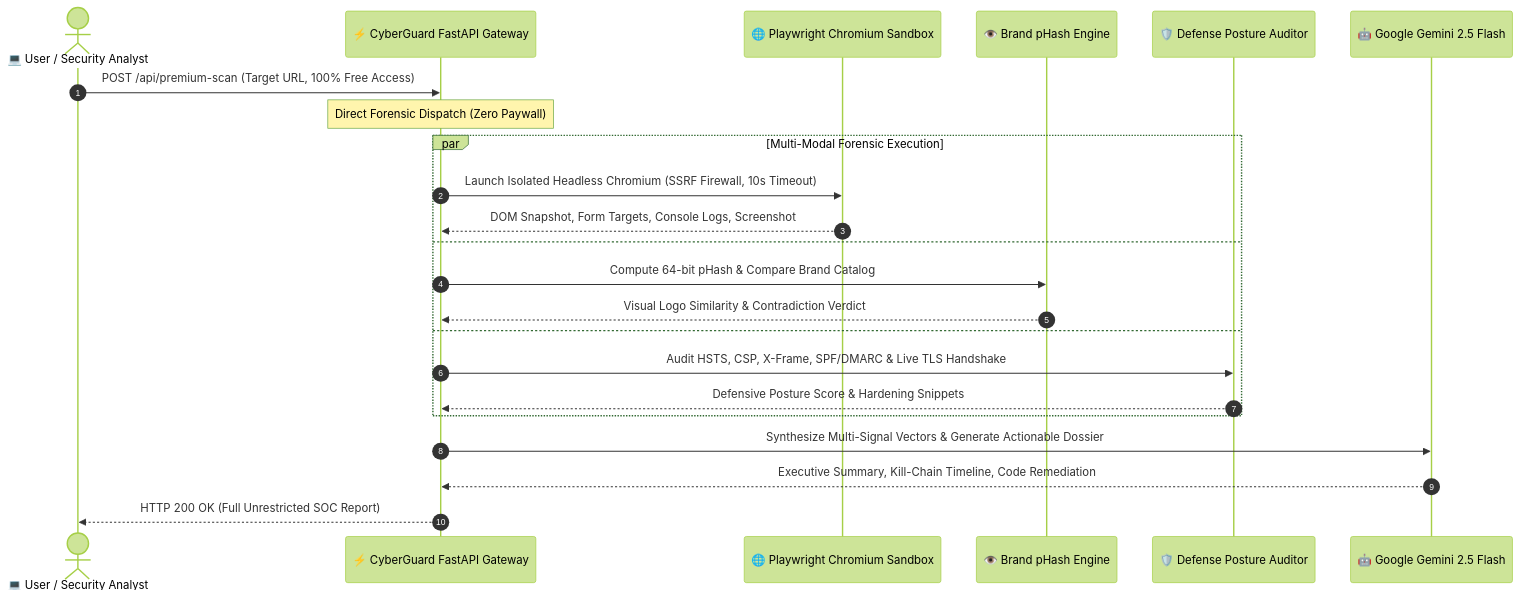
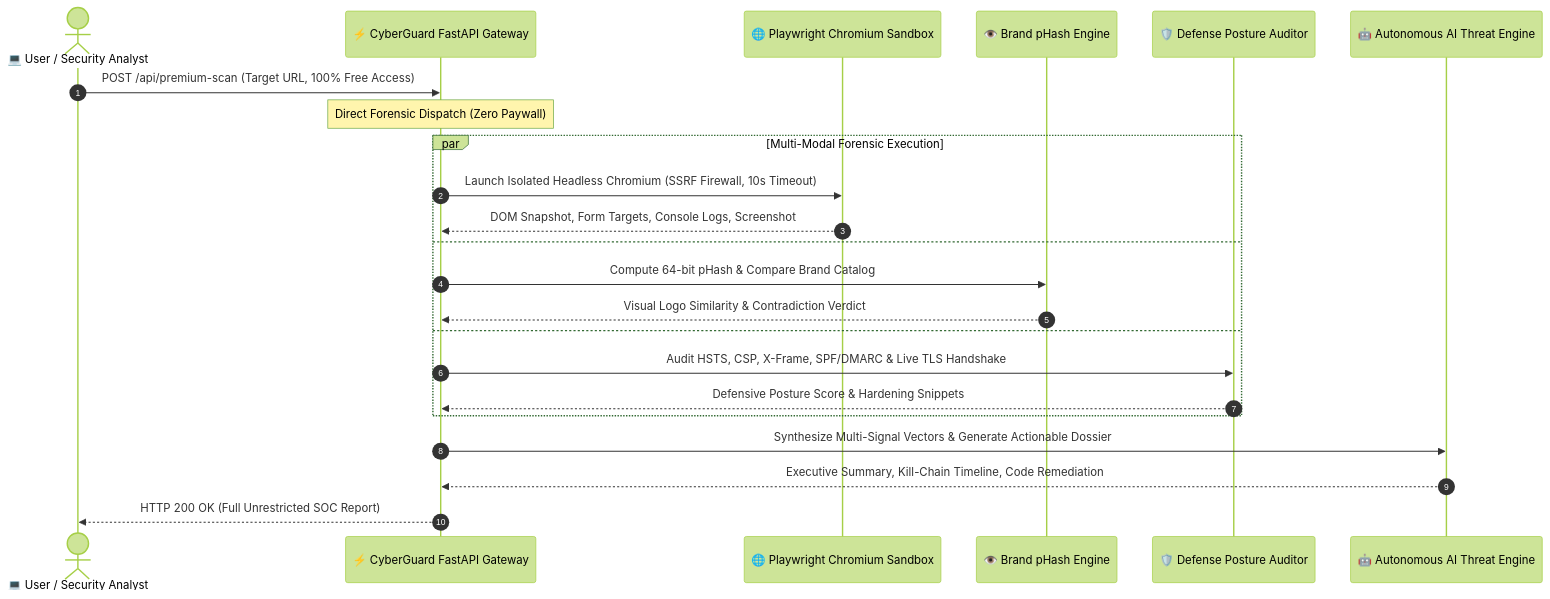
The fifth of 6 diagrams in README.md (Siddhartha39/Cyberguard-AI), drawn with Mermaid (forest theme) before and after one commit. The commit also changed other lines of this file and 14 other files, not shown here.

````diff
--- a/README.md
+++ b/README.md
@@ -222,28 +222,28 @@
 ```mermaid
 sequenceDiagram
     autonumber
     actor Client as 💻 User / Security Analyst
     participant API as ⚡ CyberGuard FastAPI Gateway
     participant Sandbox as 🌐 Playwright Chromium Sandbox
     participant Vision as 👁️ Brand pHash Engine
     participant Posture as 🛡️ Defense Posture Auditor
-    participant Gemini as 🤖 Google Gemini 2.5 Flash
+    participant AI as 🤖 Autonomous AI Threat Engine
 
     Client->>API: POST /api/premium-scan (Target URL, 100% Free Access)
     Note over API: Direct Forensic Dispatch (Zero Paywall)
     
     par Multi-Modal Forensic Execution
         API->>Sandbox: Launch Isolated Headless Chromium (SSRF Firewall, 10s Timeout)
         Sandbox-->>API: DOM Snapshot, Form Targets, Console Logs, Screenshot
     and
         API->>Vision: Compute 64-bit pHash & Compare Brand Catalog
         Vision-->>API: Visual Logo Similarity & Contradiction Verdict
     and
         API->>Posture: Audit HSTS, CSP, X-Frame, SPF/DMARC & Live TLS Handshake
         Posture-->>API: Defensive Posture Score & Hardening Snippets
     end
 
-    API->>Gemini: Synthesize Multi-Signal Vectors & Generate Actionable Dossier
-    Gemini-->>API: Executive Summary, Kill-Chain Timeline, Code Remediation
+    API->>AI: Synthesize Multi-Signal Vectors & Generate Actionable Dossier
+    AI-->>API: Executive Summary, Kill-Chain Timeline, Code Remediation
     API-->>Client: HTTP 200 OK (Full Unrestricted SOC Report)
 ```
````
